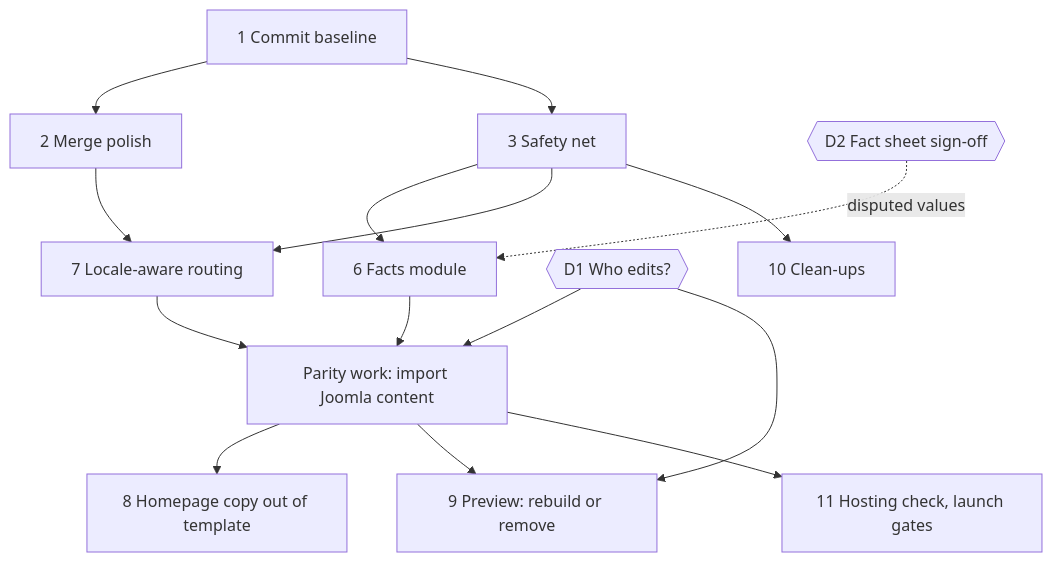
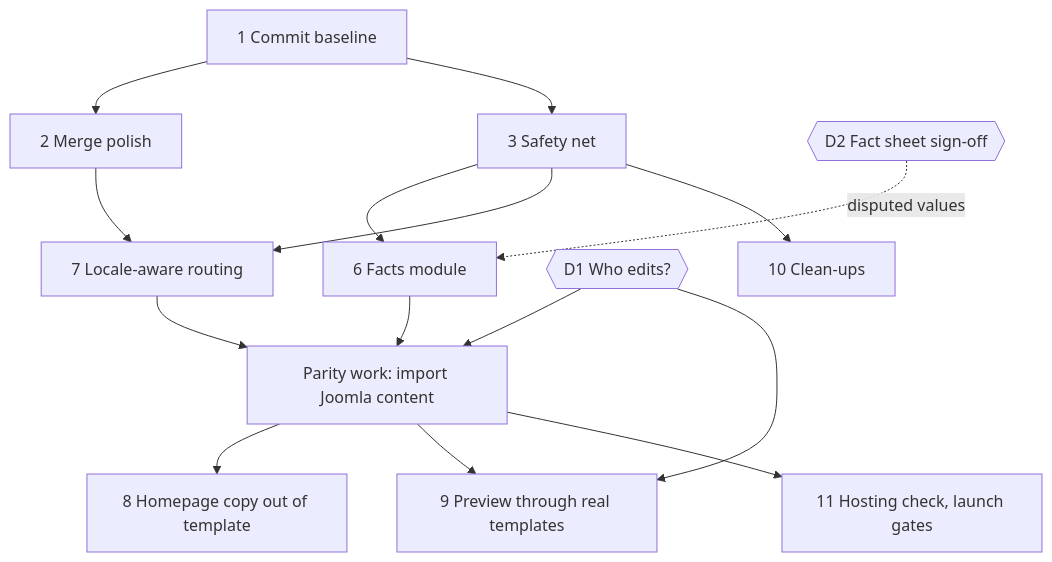
Before and after one commit to krups-automation/website: the diagram in docs/plans/2026-11-24-fix-order.md, drawn with Mermaid. The commit also changed other lines of this file and 1 other file, not shown here.

````diff
--- a/docs/plans/2026-11-24-fix-order.md
+++ b/docs/plans/2026-11-24-fix-order.md
@@ -29,17 +41,17 @@
 ```mermaid
 flowchart TD
   S1[1 Commit baseline] --> S2[2 Merge polish]
   S1 --> S3[3 Safety net]
   S3 --> S6[6 Facts module]
   D2{{D2 Fact sheet sign-off}} -.disputed values.-> S6
   S2 --> S7[7 Locale-aware routing]
   S3 --> S7
   S6 --> P[Parity work: import Joomla content]
   S7 --> P
   D1{{D1 Who edits?}} --> P
-  D1 --> S9[9 Preview: rebuild or remove]
+  D1 --> S9[9 Preview through real templates]
   P --> S8[8 Homepage copy out of template]
   P --> S9
   S3 --> S10[10 Clean-ups]
   P --> S11[11 Hosting check, launch gates]
 ```
````
